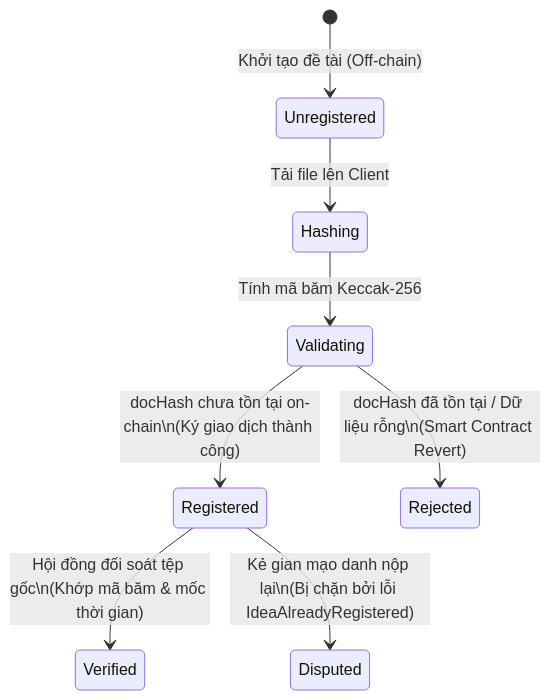
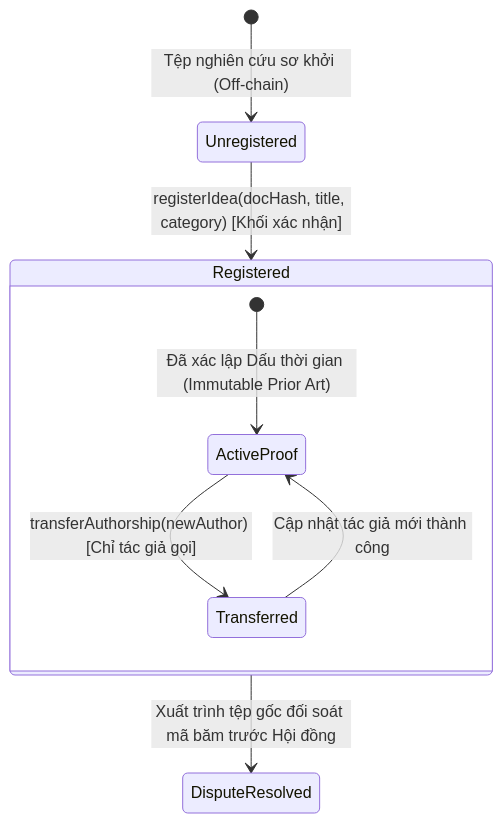
Before and after one commit to lehuy10012005-cmd/HCE-ScholarProof: the diagram in SPEC.md, drawn with Mermaid. The commit also changed other lines of this file and 5 other files, not shown here.

````diff
--- a/SPEC.md
+++ b/SPEC.md
@@ -52,13 +51,13 @@
 ```mermaid
 stateDiagram-v2
-    [*] --> Unregistered : Khởi tạo đề tài (Off-chain)
+    [*] --> Unregistered : Tệp nghiên cứu sơ khởi (Off-chain)
+    Unregistered --> Registered : registerIdea(docHash, title, category) [Khối xác nhận]
     
-    Unregistered --> Hashing : Tải file lên Client
-    Hashing --> Validating : Tính mã băm Keccak-256
-    
-    Validating --> Registered : docHash chưa tồn tại on-chain\n(Ký giao dịch thành công)
-    Validating --> Rejected : docHash đã tồn tại / Dữ liệu rỗng\n(Smart Contract Revert)
-    
-    Registered --> Verified : Hội đồng đối soát tệp gốc\n(Khớp mã băm & mốc thời gian)
-    Registered --> Disputed : Kẻ gian mạo danh nộp lại\n(Bị chặn bởi lỗi IdeaAlreadyRegistered)
+    state Registered {
+        [*] --> ActiveProof : Đã xác lập Dấu thời gian (Immutable Prior Art)
+        ActiveProof --> Transferred : transferAuthorship(newAuthor) [Chỉ tác giả gọi]
+        Transferred --> ActiveProof : Cập nhật tác giả mới thành công
+    }
+
+    Registered --> DisputeResolved : Xuất trình tệp gốc đối soát mã băm trước Hội đồng
 ```
````
